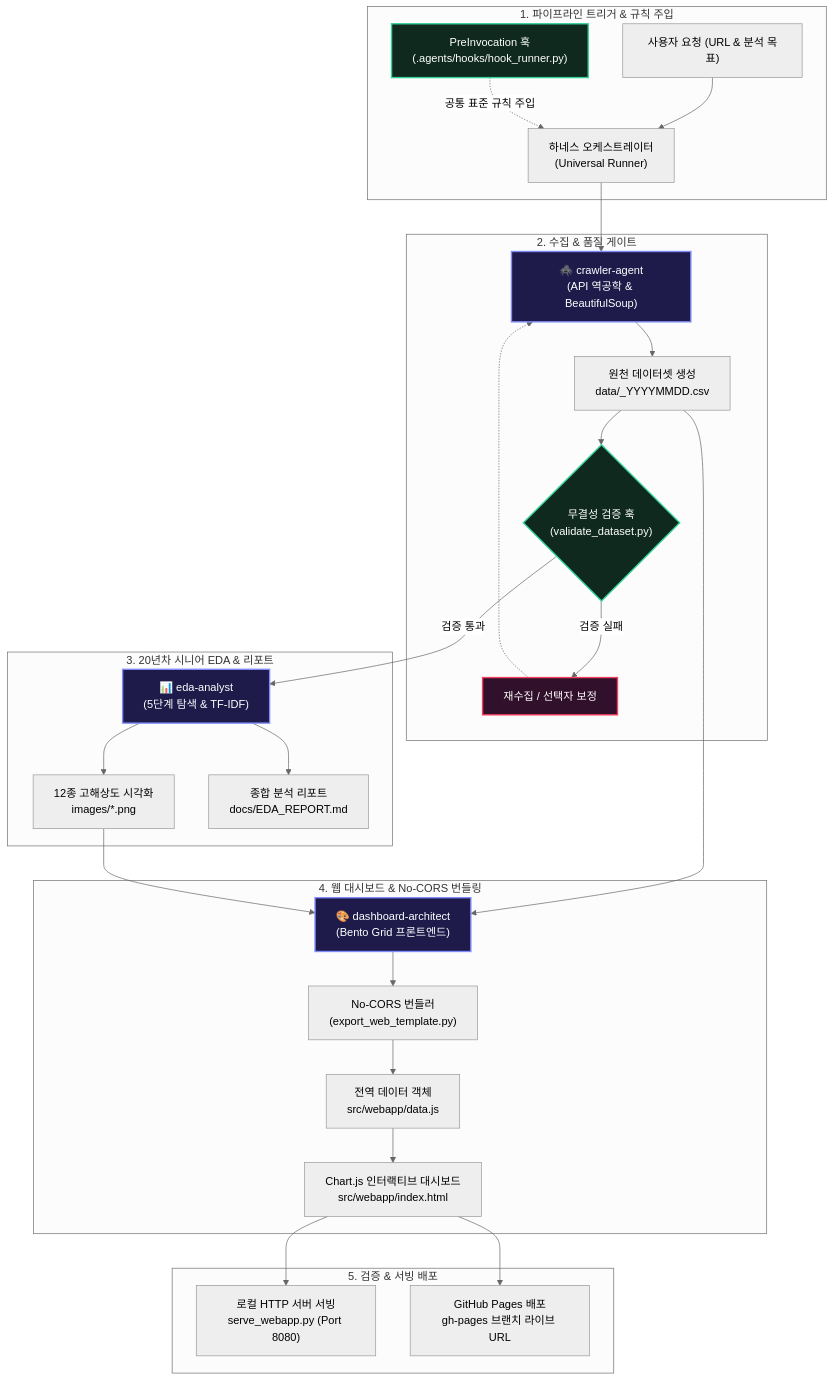
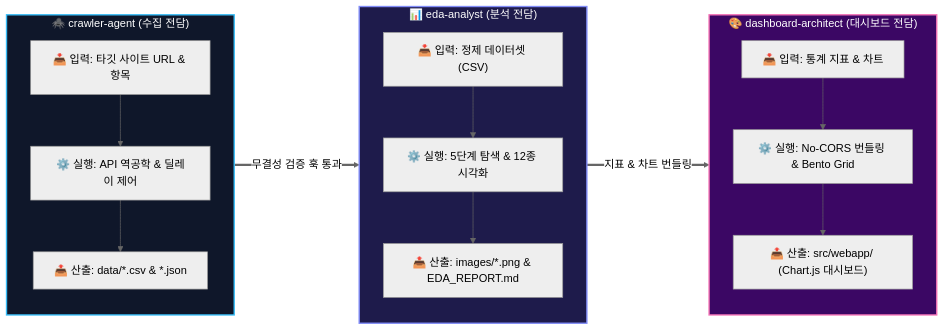
Before and after one commit to hellojey79-dev/ai-practice: the third of 4 diagrams in harness/implementation_plan.md, drawn with Mermaid (neutral theme). The commit also changed other lines of this file, not shown here.

Commit message:
docs(harness): 직관적인 가로 5단계 파이프라인 및 3대 에이전트 비교 차트로 머메이드 다이어그램 개편

````diff
--- a/harness/implementation_plan.md
+++ b/harness/implementation_plan.md
@@ -50,40 +121,35 @@
 ```mermaid
-flowchart TD
-    subgraph Trigger["1. 파이프라인 트리거 & 규칙 주입"]
-        U["사용자 요청 (URL & 분석 목표)"] --> ORCH["하네스 오케스트레이터<br/>(Universal Runner)"]
-        HOOK_PRE["PreInvocation 훅<br/>(.agents/hooks/hook_runner.py)"] -.->|공통 표준 규칙 주입| ORCH
+flowchart LR
+    classDef agent1 fill:#1e293b,stroke:#38bdf8,stroke-width:2px,color:#f8fafc;
+    classDef agent2 fill:#312e81,stroke:#818cf8,stroke-width:2px,color:#f8fafc;
+    classDef agent3 fill:#701a75,stroke:#f472b6,stroke-width:2px,color:#f8fafc;
+
+    subgraph A1["🕷️ crawler-agent (수집 전담)"]
+        direction TB
+        A1_IN["📥 입력: 타깃 사이트 URL & 항목"]
+        A1_DO["⚙️ 실행: API 역공학 & 딜레이 제어"]
+        A1_OUT["📤 산출: data/*.csv & *.json"]
+        A1_IN --> A1_DO --> A1_OUT
     end
+    style A1 fill:#0f172a,stroke:#38bdf8,stroke-width:2px,color:#fff
 
-    subgraph Phase1["2. 수집 & 품질 게이트"]
-        ORCH --> CA["🕷️ crawler-agent<br/>(API 역공학 & BeautifulSoup)"]
-        CA --> RAW_DATA["원천 데이터셋 생성<br/>data/<site>_YYYYMMDD.csv"]
-        RAW_DATA --> HOOK_VAL{"무결성 검증 훅<br/>(validate_dataset.py)"}
-        HOOK_VAL -->|검증 실패| FAIL["재수집 / 선택자 보정"]
-        FAIL -.-> CA
+    subgraph A2["📊 eda-analyst (분석 전담)"]
+        direction TB
+        A2_IN["📥 입력: 정제 데이터셋 (CSV)"]
+        A2_DO["⚙️ 실행: 5단계 탐색 & 12종 시각화"]
+        A2_OUT["📤 산출: images/*.png & EDA_REPORT.md"]
+        A2_IN --> A2_DO --> A2_OUT
     end
+    style A2 fill:#1e1b4b,stroke:#818cf8,stroke-width:2px,color:#fff
 
-    subgraph Phase2["3. 20년차 시니어 EDA & 리포트"]
-        HOOK_VAL -->|검증 통과| EDA["📊 eda-analyst<br/>(5단계 탐색 & TF-IDF)"]
-        EDA --> CHARTS["12종 고해상도 시각화<br/>images/*.png"]
-        EDA --> REPORT["종합 분석 리포트<br/>docs/EDA_REPORT.md"]
+    subgraph A3["🎨 dashboard-architect (대시보드 전담)"]
+        direction TB
+        A3_IN["📥 입력: 통계 지표 & 차트"]
+        A3_DO["⚙️ 실행: No-CORS 번들링 & Bento Grid"]
+        A3_OUT["📤 산출: src/webapp/ (Chart.js 대시보드)"]
+        A3_IN --> A3_DO --> A3_OUT
     end
+    style A3 fill:#3b0764,stroke:#f472b6,stroke-width:2px,color:#fff
 
-    subgraph Phase3["4. 웹 대시보드 & No-CORS 번들링"]
-        RAW_DATA & CHARTS --> DA["🎨 dashboard-architect<br/>(Bento Grid 프론트엔드)"]
-        DA --> BUNDLER["No-CORS 번들러<br/>(export_web_template.py)"]
-        BUNDLER --> DATA_JS["전역 데이터 객체<br/>src/webapp/data.js"]
-        DATA_JS --> DASHBOARD["Chart.js 인터랙티브 대시보드<br/>src/webapp/index.html"]
-    end
-
-    subgraph Phase4["5. 검증 & 서빙 배포"]
-        DASHBOARD --> SERVE["로컬 HTTP 서버 서빙<br/>serve_webapp.py (Port 8080)"]
-        DASHBOARD --> DEPLOY["GitHub Pages 배포<br/>gh-pages 브랜치 라이브 URL"]
-    end
-
-    classDef highlight fill:#1e1b4b,stroke:#818cf8,stroke-width:2px,color:#fff;
-    classDef hook fill:#0f291e,stroke:#34d399,stroke-width:2px,color:#fff;
-    classDef gate fill:#31102b,stroke:#f43f5e,stroke-width:2px,color:#fff;
-    class CA,EDA,DA highlight;
-    class HOOK_PRE,HOOK_VAL hook;
-    class FAIL gate;
+    A1 ==>|무결성 검증 훅 통과| A2 ==>|지표 & 차트 번들링| A3
 ```
````
